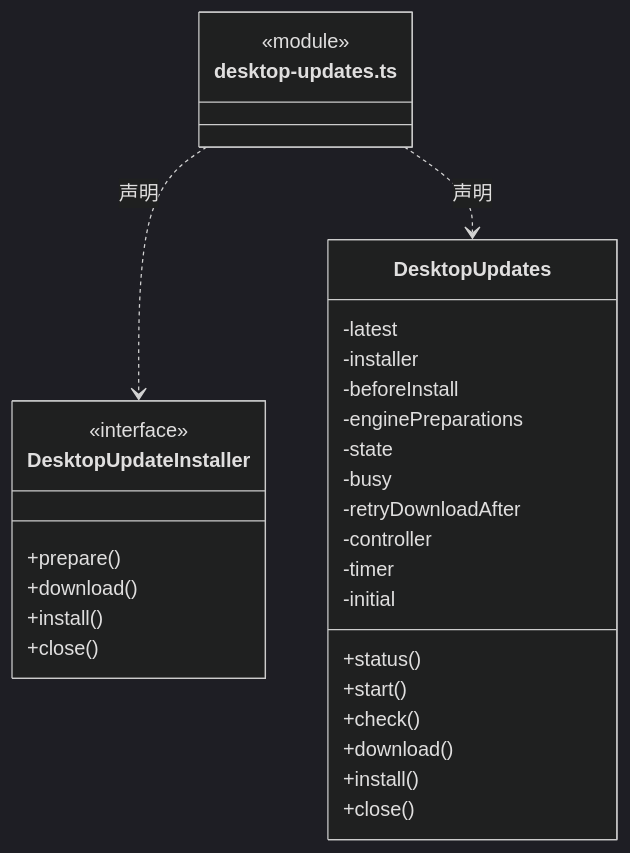
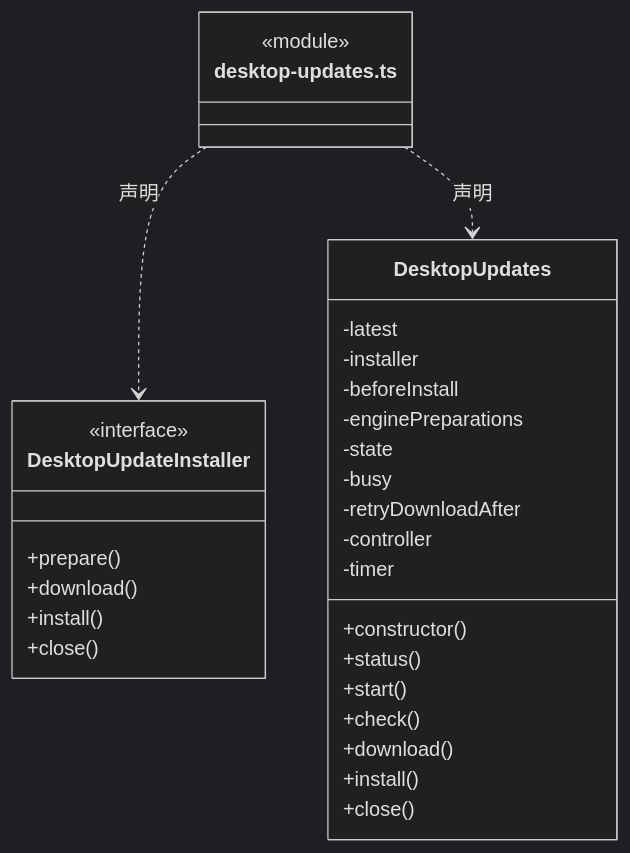
The second of 28 diagrams in src/logic/updates/service/ARCHITECTURE.md (nan023062/cbim), drawn with Mermaid (dark theme) before and after one commit. The commit also changed other lines of this file and 139 other files, not shown here.

Commit message:
docs(architecture): add source reading paths and complete file inventories

````diff
--- a/src/logic/updates/service/ARCHITECTURE.md
+++ b/src/logic/updates/service/ARCHITECTURE.md
@@ -51,33 +55,33 @@
 ```mermaid
 classDiagram
 class N_src_logic_updates_service_desktop_updates_ts["desktop-updates.ts"] {
   <<module>>
 }
 class N_src_logic_updates_service_desktop_updates_ts_DesktopUpdateInstaller["DesktopUpdateInstaller"] {
   <<interface>>
   +prepare()
   +download()
   +install()
   +close()
 }
 N_src_logic_updates_service_desktop_updates_ts ..> N_src_logic_updates_service_desktop_updates_ts_DesktopUpdateInstaller : 声明
 class N_src_logic_updates_service_desktop_updates_ts_DesktopUpdates["DesktopUpdates"] {
+  +constructor()
   +status()
   +start()
   +check()
   +download()
   +install()
   +close()
   -latest
   -installer
   -beforeInstall
   -enginePreparations
   -state
   -busy
   -retryDownloadAfter
   -controller
   -timer
-  -initial
 }
 N_src_logic_updates_service_desktop_updates_ts ..> N_src_logic_updates_service_desktop_updates_ts_DesktopUpdates : 声明
 ```
````
